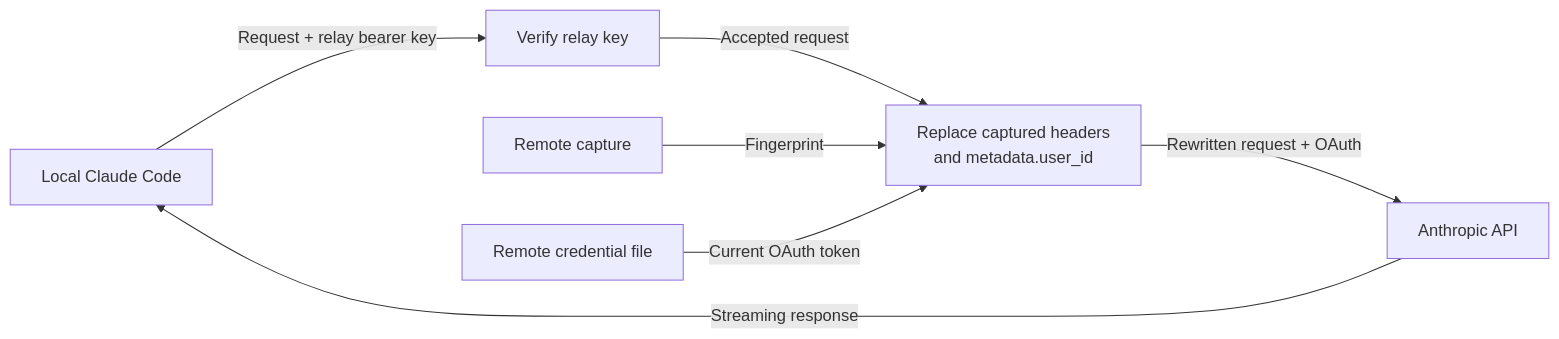
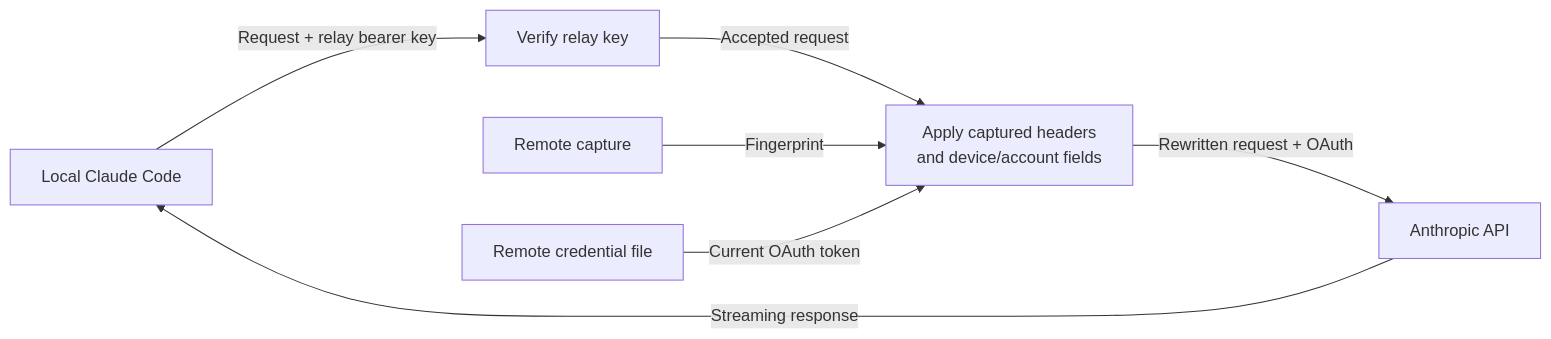
Before and after one commit to kr4t0n/cchop: the diagram in README.md, drawn with Mermaid. The commit also changed other lines of this file and 14 other files, not shown here.

````diff
--- a/README.md
+++ b/README.md
@@ -93,9 +99,9 @@
 ```mermaid
 flowchart LR
     Client[Local Claude Code] -->|Request + relay bearer key| Auth[Verify relay key]
-    Auth -->|Accepted request| Rewrite[Replace captured headers<br/>and metadata.user_id]
+    Auth -->|Accepted request| Rewrite[Apply captured headers<br/>and device/account fields]
     Capture[Remote capture] -->|Fingerprint| Rewrite
     Credentials[Remote credential file] -->|Current OAuth token| Rewrite
     Rewrite -->|Rewritten request + OAuth| API[Anthropic API]
     API -->|Streaming response| Client
 ```
````
